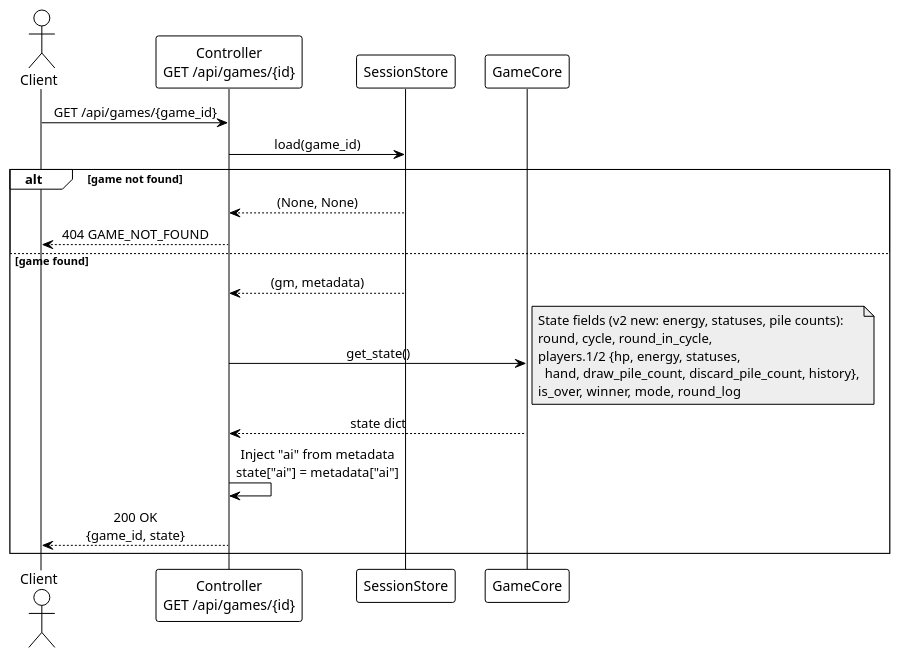
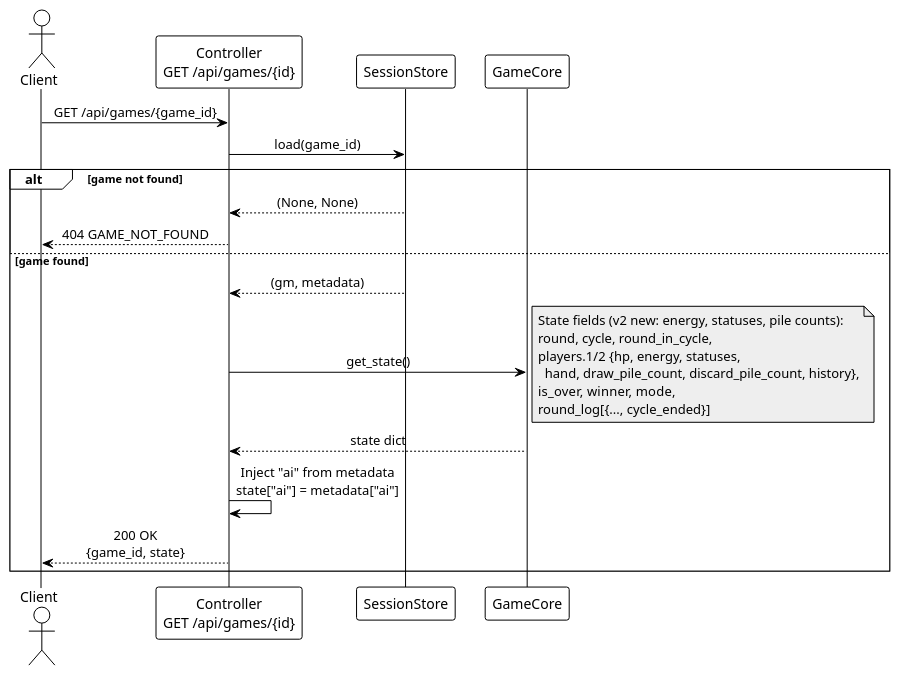
The diagram in design/11/main_docs/diagrams/endpoints/get_state.puml (nanhao/custom-card), drawn with PlantUML before and after one commit. The commit also changed 5 other files, not shown here.

First line of the commit message:
feat: add cycle_ended field to RoundResult + fix bleed HP

```diff
--- a/design/11/main_docs/diagrams/endpoints/get_state.puml
+++ b/design/11/main_docs/diagrams/endpoints/get_state.puml
@@ -1,37 +1,38 @@
 @startuml
 !theme plain
 skinparam defaultFontName Microsoft YaHei,SimHei,sans-serif
 skinparam sequenceMessageFontName Microsoft YaHei,SimHei,sans-serif
 skinparam sequenceMessageAlign center
 
 actor Client
 participant "Controller\nGET /api/games/{id}" as Controller
 participant "SessionStore" as Store
 participant "GameCore" as GM
 
 Client -> Controller : GET /api/games/{game_id}
 
 Controller -> Store : load(game_id)
 
 alt game not found
     Store --> Controller : (None, None)
     Controller --> Client : 404 GAME_NOT_FOUND
 else game found
     Store --> Controller : (gm, metadata)
 
     Controller -> GM : get_state()
     note right #eeeeee
       State fields (v2 new: energy, statuses, pile counts):
       round, cycle, round_in_cycle,
       players.1/2 {hp, energy, statuses,
         hand, draw_pile_count, discard_pile_count, history},
-      is_over, winner, mode, round_log
+      is_over, winner, mode,
+      round_log[{..., cycle_ended}]
     end note
     GM --> Controller : state dict
 
     Controller -> Controller : Inject "ai" from metadata\nstate["ai"] = metadata["ai"]
 
     Controller --> Client : 200 OK\n{game_id, state}
 end
 
 @enduml
```
